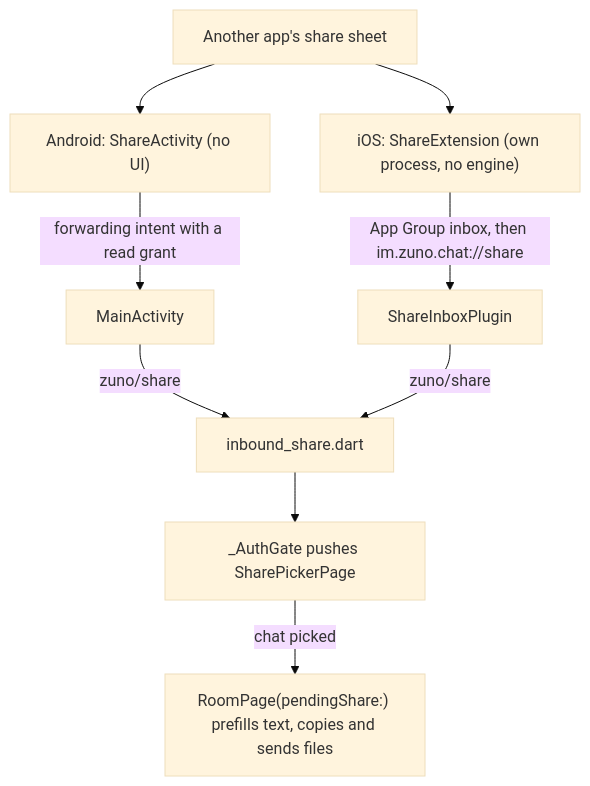
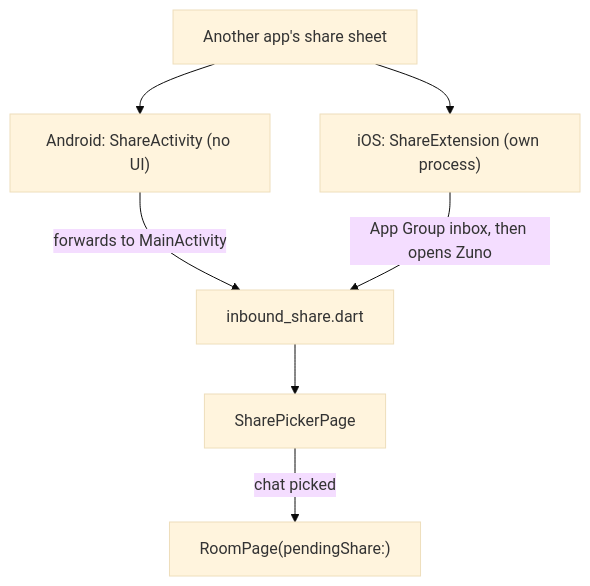
One commit to Zuno-Chat/zuno-chat changed the diagram in docs/features/chats-messaging.md. Above: the diagram before and after it, drawn with Mermaid (base theme). The commit also changed other lines of this file and 17 other files, not shown here.

````diff
--- a/docs/features/chats-messaging.md
+++ b/docs/features/chats-messaging.md
@@ -320,11 +194,9 @@
 ```mermaid
 flowchart TD
   A["Another app's share sheet"] --> B["Android: ShareActivity (no UI)"]
-  A --> C["iOS: ShareExtension (own process, no engine)"]
-  B -- "forwarding intent with a read grant" --> D["MainActivity"]
-  C -- "App Group inbox, then im.zuno.chat://share" --> E["ShareInboxPlugin"]
-  D -- "zuno/share" --> F["inbound_share.dart"]
-  E -- "zuno/share" --> F
-  F --> G["_AuthGate pushes SharePickerPage"]
-  G -- "chat picked" --> H["RoomPage(pendingShare:) prefills text, copies and sends files"]
+  A --> C["iOS: ShareExtension (own process)"]
+  B -- "forwards to MainActivity" --> F["inbound_share.dart"]
+  C -- "App Group inbox, then opens Zuno" --> F
+  F --> G["SharePickerPage"]
+  G -- "chat picked" --> H["RoomPage(pendingShare:)"]
 ```
````
